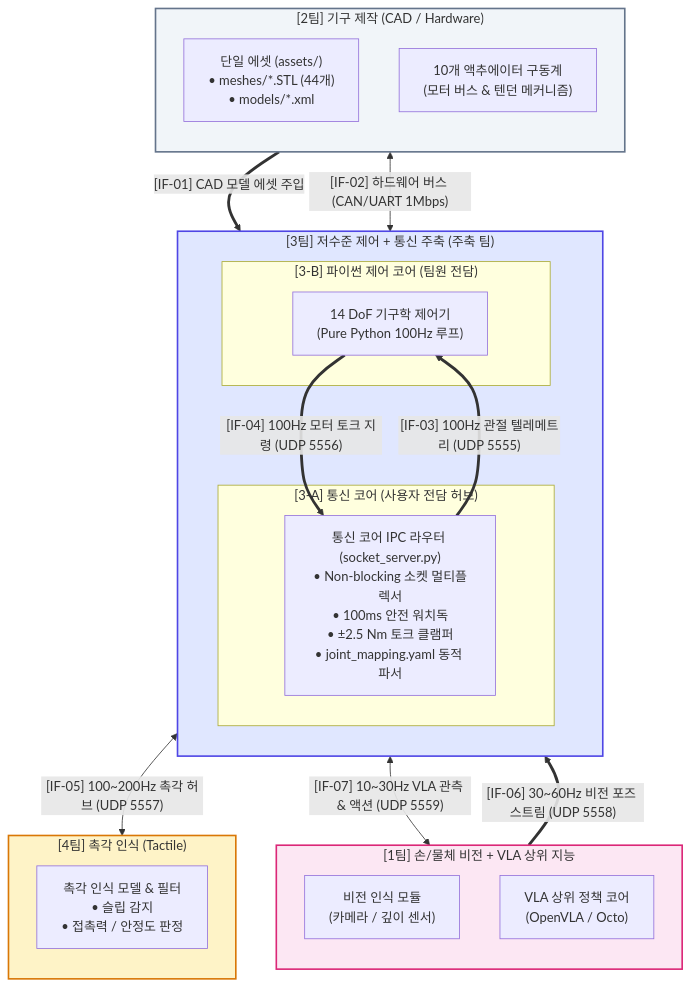
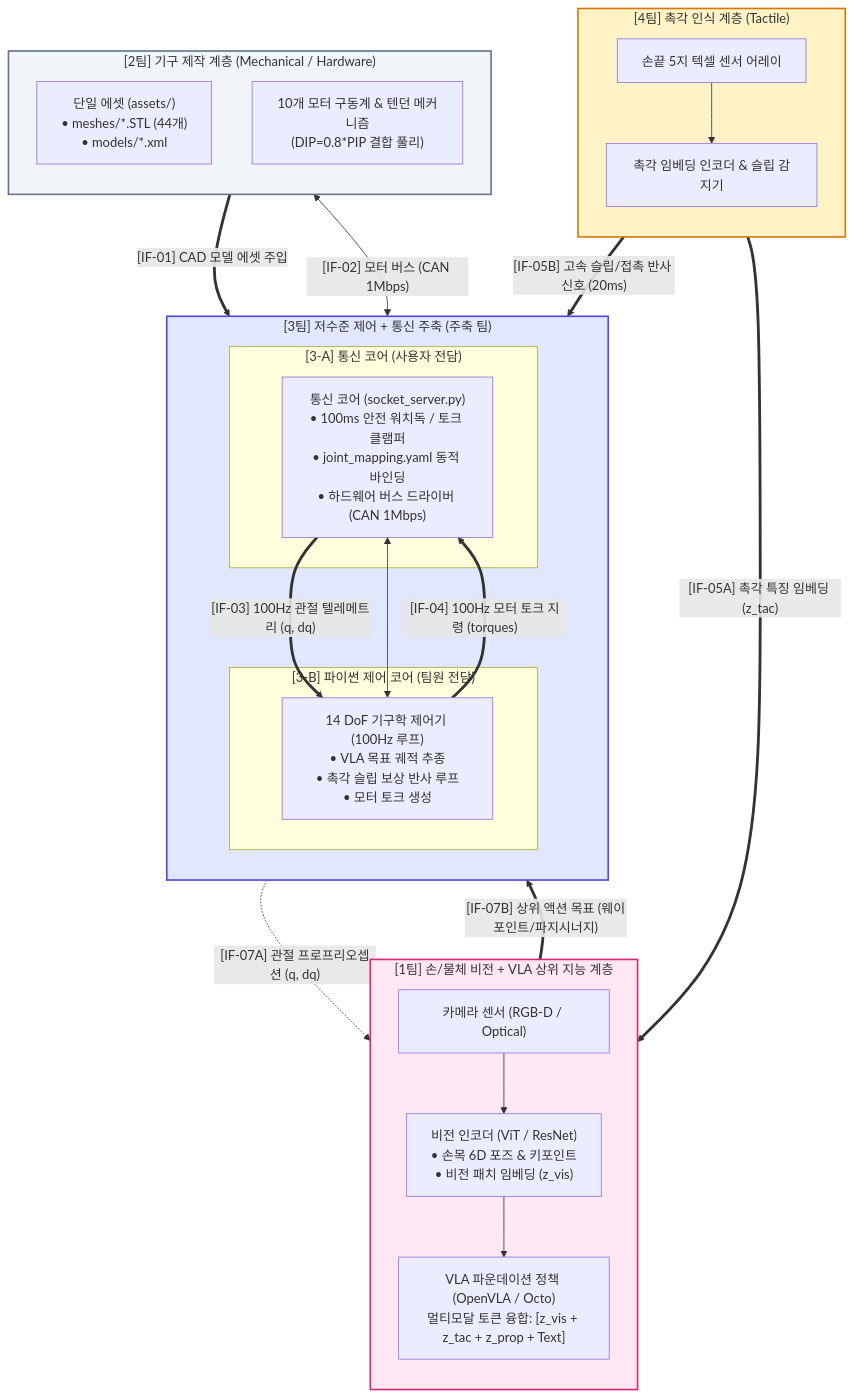
The diagram in SYSTEM_INTERFACE_CONTRACT.md (fain0516-ctrl/Hand_commute_core_repo), drawn with Mermaid before and after one commit. The commit also changed other lines of this file and 3 other files, not shown here.

````diff
--- a/SYSTEM_INTERFACE_CONTRACT.md
+++ b/SYSTEM_INTERFACE_CONTRACT.md
@@ -38,52 +24,62 @@
 ```mermaid
 flowchart TB
-    subgraph TEAM1["[1팀] 손/물체 비전 + VLA 상위 지능"]
+    subgraph TEAM1["[1팀] 손/물체 비전 + VLA 상위 지능 계층"]
         direction TB
-        T1_VIS["비전 인식 모듈<br/>(카메라 / 깊이 센서)"]
-        T1_VLA["VLA 상위 정책 코어<br/>(OpenVLA / Octo)"]
+        CAM["카메라 센서 (RGB-D / Optical)"]
+        VIS_ENC["비전 인코더 (ViT / ResNet)<br/>• 손목 6D 포즈 & 키포인트<br/>• 비전 패치 임베딩 (z_vis)"]
+        VLA_CORE["VLA 파운데이션 정책 (OpenVLA / Octo)<br/>멀티모달 토큰 융합: [z_vis + z_tac + z_prop + Text]"]
+
+        CAM --> VIS_ENC --> VLA_CORE
     end
 
-    subgraph TEAM2["[2팀] 기구 제작 (CAD / Hardware)"]
+    subgraph TEAM4["[4팀] 촉각 인식 계층 (Tactile)"]
         direction TB
-        T2_CAD["단일 에셋 (assets/)<br/>• meshes/*.STL (44개)<br/>• models/*.xml"]
-        T2_ACT["10개 액추에이터 구동계<br/>(모터 버스 & 텐던 메커니즘)"]
+        TAXEL_HW["손끝 5지 텍셀 센서 어레이"]
+        TAC_ENC["촉각 임베딩 인코더 & 슬립 감지기"]
+        
+        TAXEL_HW --> TAC_ENC
     end
 
     subgraph TEAM3["[3팀] 저수준 제어 + 통신 주축 (주축 팀)"]
         direction TB
-        subgraph T3_COMM["[3-A] 통신 코어 (사용자 전담 허브)"]
-            ROUTER["통신 코어 IPC 라우터 (socket_server.py)<br/>• Non-blocking 소켓 멀티플렉서<br/>• 100ms 안전 워치독<br/>• ±2.5 Nm 토크 클램퍼<br/>• joint_mapping.yaml 동적 파서"]
+        subgraph T3_CTRL["[3-B] 파이썬 제어 코어 (팀원 전담)"]
+            KIN_CTRL["14 DoF 기구학 제어기 (100Hz 루프)<br/>• VLA 목표 궤적 추종<br/>• 촉각 슬립 보상 반사 루프<br/>• 모터 토크 생성"]
         end
-        subgraph T3_CTRL["[3-B] 파이썬 제어 코어 (팀원 전담)"]
-            CTRL["14 DoF 기구학 제어기<br/>(Pure Python 100Hz 루프)"]
+        subgraph T3_COMM["[3-A] 통신 코어 (사용자 전담)"]
+            COMM_HUB["통신 코어 (socket_server.py)<br/>• 100ms 안전 워치독 / 토크 클램퍼<br/>• joint_mapping.yaml 동적 바인딩<br/>• 하드웨어 버스 드라이버 (CAN 1Mbps)"]
         end
+        KIN_CTRL <--> COMM_HUB
     end
 
-    subgraph TEAM4["[4팀] 촉각 인식 (Tactile)"]
+    subgraph TEAM2["[2팀] 기구 제작 계층 (Mechanical / Hardware)"]
         direction TB
-        T4_HUB["촉각 인식 모델 & 필터<br/>• 슬립 감지<br/>• 접촉력 / 안정도 판정"]
+        ASSETS["단일 에셋 (assets/)<br/>• meshes/*.STL (44개)<br/>• models/*.xml"]
+        MOTOR_HW["10개 모터 구동계 & 텐던 메커니즘<br/>(DIP=0.8*PIP 결합 풀리)"]
     end
 
-    %% Interface Connections with Matching IDs
-    T2_CAD == "[IF-01] CAD 모델 에셋 주입" ==> ROUTER
-    T2_ACT <-- "[IF-02] 하드웨어 버스 (CAN/UART 1Mbps)" --> ROUTER
+    %% 정상화된 인터페이스 연결선
+    ASSETS == "[IF-01] CAD 모델 에셋 주입" ==> COMM_HUB
+    COMM_HUB <-- "[IF-02] 모터 버스 (CAN 1Mbps)" --> MOTOR_HW
 
-    ROUTER == "[IF-03] 100Hz 관절 텔레메트리 (UDP 5555)" ==> CTRL
-    CTRL == "[IF-04] 100Hz 모터 토크 지령 (UDP 5556)" ==> ROUTER
+    %% 3팀 내부 제어 루프
+    COMM_HUB == "[IF-03] 100Hz 관절 텔레메트리 (q, dq)" ==> KIN_CTRL
+    KIN_CTRL == "[IF-04] 100Hz 모터 토크 지령 (torques)" ==> COMM_HUB
 
-    ROUTER <-- "[IF-05] 100~200Hz 촉각 허브 (UDP 5557)" --> T4_HUB
+    %% 촉각 이원화 통로
+    TAC_ENC == "[IF-05A] 촉각 특징 임베딩 (z_tac)" ==> VLA_CORE
+    TAC_ENC == "[IF-05B] 고속 슬립/접촉 반사 신호 (20ms)" ==> KIN_CTRL
 
-    T1_VIS == "[IF-06] 30~60Hz 비전 포즈 스트림 (UDP 5558)" ==> ROUTER
-
-    ROUTER <-- "[IF-07] 10~30Hz VLA 관측 & 액션 (UDP 5559)" --> T1_VLA
+    %% VLA 연동 통로
+    COMM_HUB -. "[IF-07A] 관절 프로프리오셉션 (q, dq)" .-> VLA_CORE
+    VLA_CORE == "[IF-07B] 상위 액션 목표 (웨이포인트/파지시너지)" ==> KIN_CTRL
 
     classDef t1 fill:#fce7f3,stroke:#db2777,stroke-width:2px;
     classDef t2 fill:#f1f5f9,stroke:#64748b,stroke-width:2px;
     classDef t3 fill:#e0e7ff,stroke:#4f46e5,stroke-width:2px;
     classDef t4 fill:#fef3c7,stroke:#d97706,stroke-width:2px;
 
     class TEAM1 t1;
     class TEAM2 t2;
     class TEAM3 t3;
     class TEAM4 t4;
 ```
````
